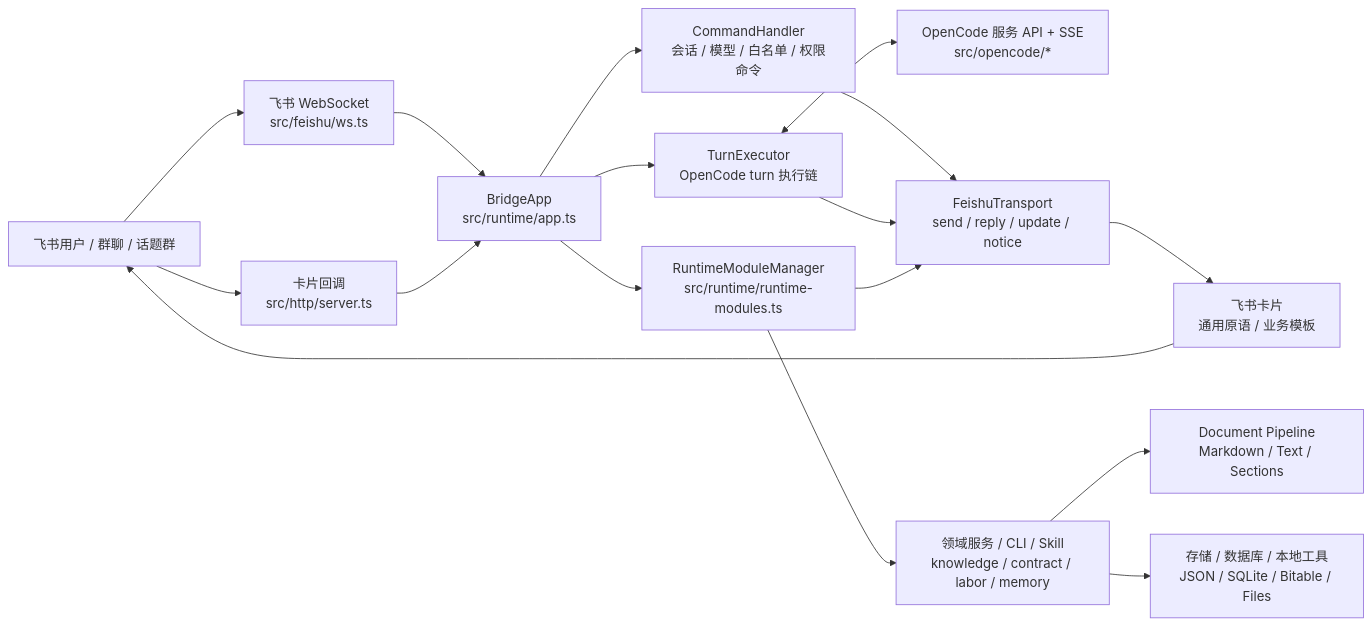
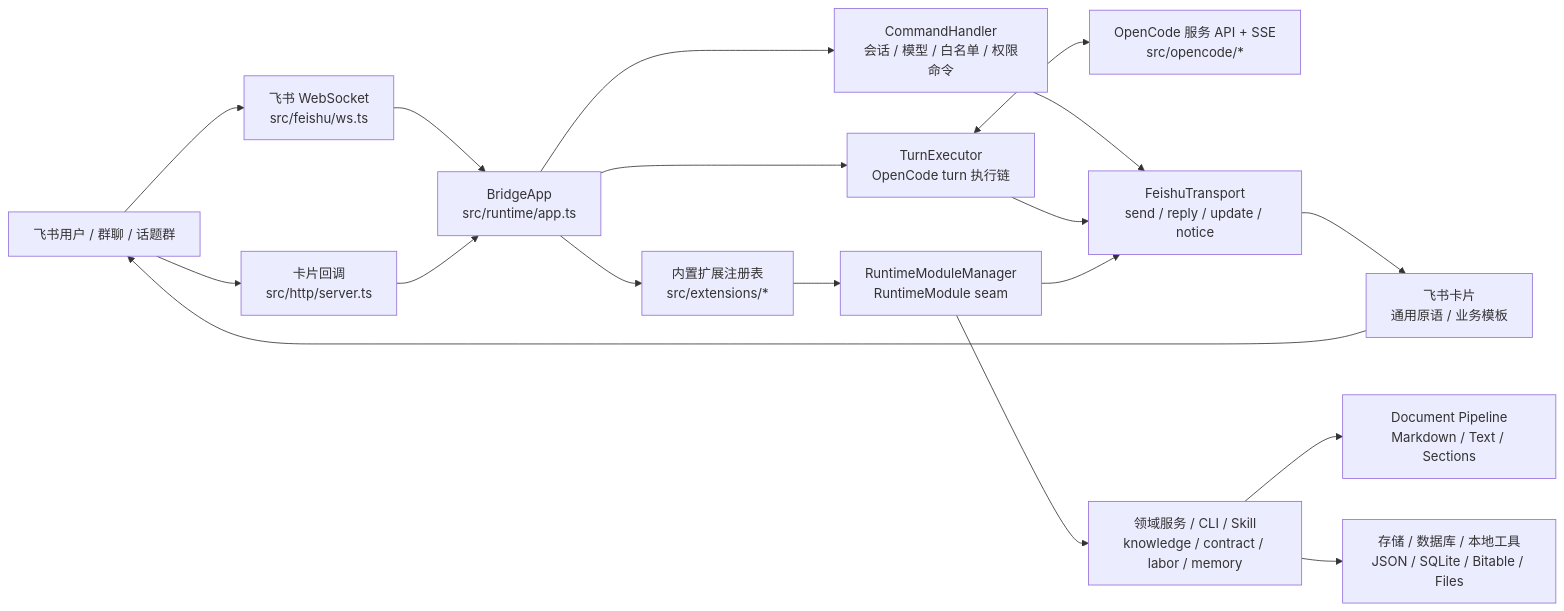
Before and after one commit to Clukay-Fun/feishu-opencode-bridge: the first of 2 diagrams in README.md, drawn with Mermaid. The commit also changed other lines of this file and 9 other files, not shown here.

````diff
--- a/README.md
+++ b/README.md
@@ -60,23 +61,24 @@
 ```mermaid
 flowchart LR
     user["飞书用户 / 群聊 / 话题群"] --> ws["飞书 WebSocket<br/>src/feishu/ws.ts"]
     user --> callback["卡片回调<br/>src/http/server.ts"]
 
     ws --> app["BridgeApp<br/>src/runtime/app.ts"]
     callback --> app
 
     app --> command["CommandHandler<br/>会话 / 模型 / 白名单 / 权限命令"]
     app --> executor["TurnExecutor<br/>OpenCode turn 执行链"]
-    app --> modules["RuntimeModuleManager<br/>src/runtime/runtime-modules.ts"]
+    app --> extensions["内置扩展注册表<br/>src/extensions/*"]
+    extensions --> modules["RuntimeModuleManager<br/>RuntimeModule seam"]
 
     executor <--> opencode["OpenCode 服务 API + SSE<br/>src/opencode/*"]
     modules --> services["领域服务 / CLI / Skill<br/>knowledge / contract / labor / memory"]
     services --> pipeline["Document Pipeline<br/>Markdown / Text / Sections"]
     services --> stores["存储 / 数据库 / 本地工具<br/>JSON / SQLite / Bitable / Files"]
 
     command --> transport["FeishuTransport<br/>send / reply / update / notice"]
     executor --> transport
     modules --> transport
     transport --> cards["飞书卡片<br/>通用原语 / 业务模板"]
     cards --> user
 ```
````
